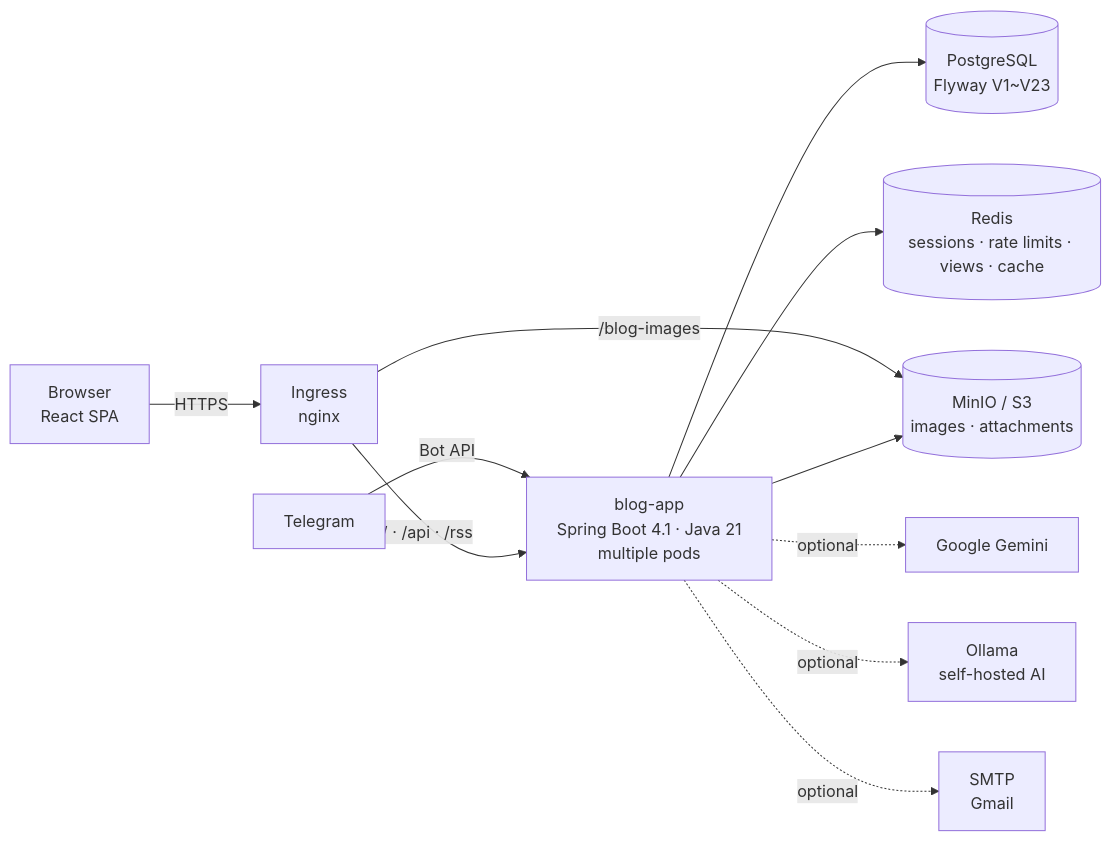
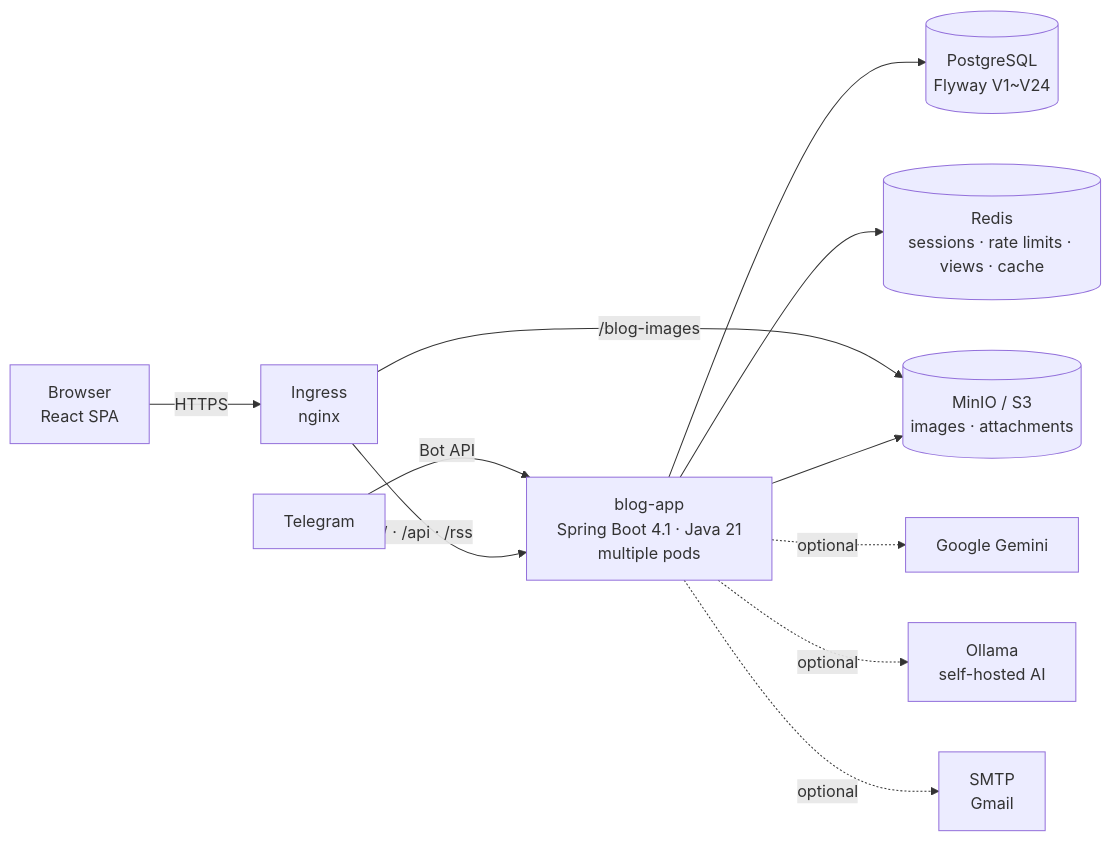
The first of 3 diagrams in README.en.md (AIGJ-01-002-blog/Devlog), drawn with Mermaid before and after one commit. The commit also changed other lines of this file and 57 other files, not shown here.

````diff
--- a/README.en.md
+++ b/README.en.md
@@ -151,13 +151,13 @@
 ```mermaid
 flowchart LR
     B[Browser<br/>React SPA] -->|HTTPS| I[Ingress<br/>nginx]
     T[Telegram] -->|Bot API| A
     I -->|/ · /api · /rss| A[blog-app<br/>Spring Boot 4.1 · Java 21<br/>multiple pods]
     I -->|/blog-images| M[(MinIO / S3<br/>images · attachments)]
-    A --> P[(PostgreSQL<br/>Flyway V1~V23)]
+    A --> P[(PostgreSQL<br/>Flyway V1~V24)]
     A --> R[(Redis<br/>sessions · rate limits · views · cache)]
     A --> M
     A -.optional.-> G[Google Gemini]
     A -.optional.-> O[Ollama<br/>self-hosted AI]
     A -.optional.-> S[SMTP<br/>Gmail]
 ```
````
